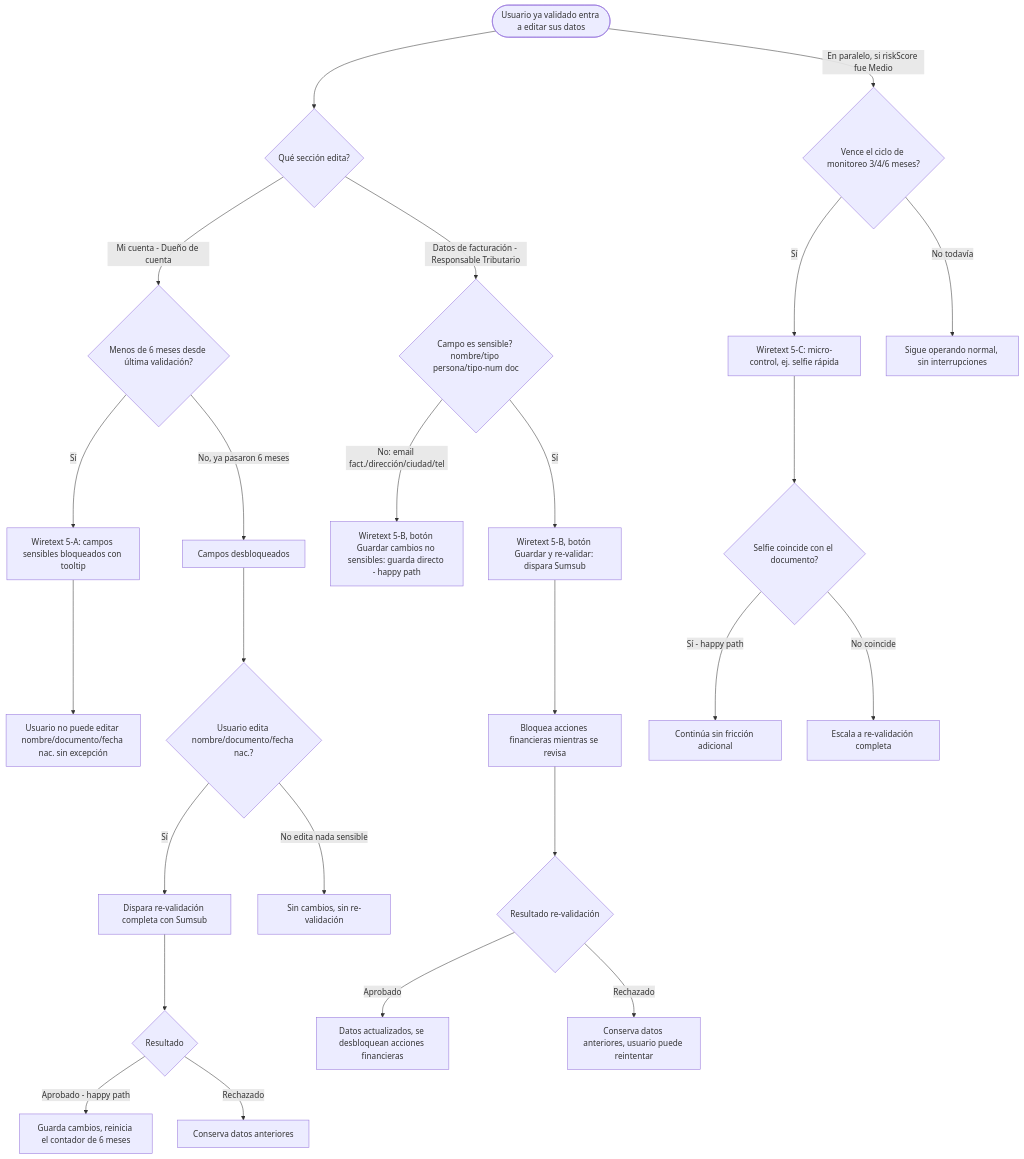
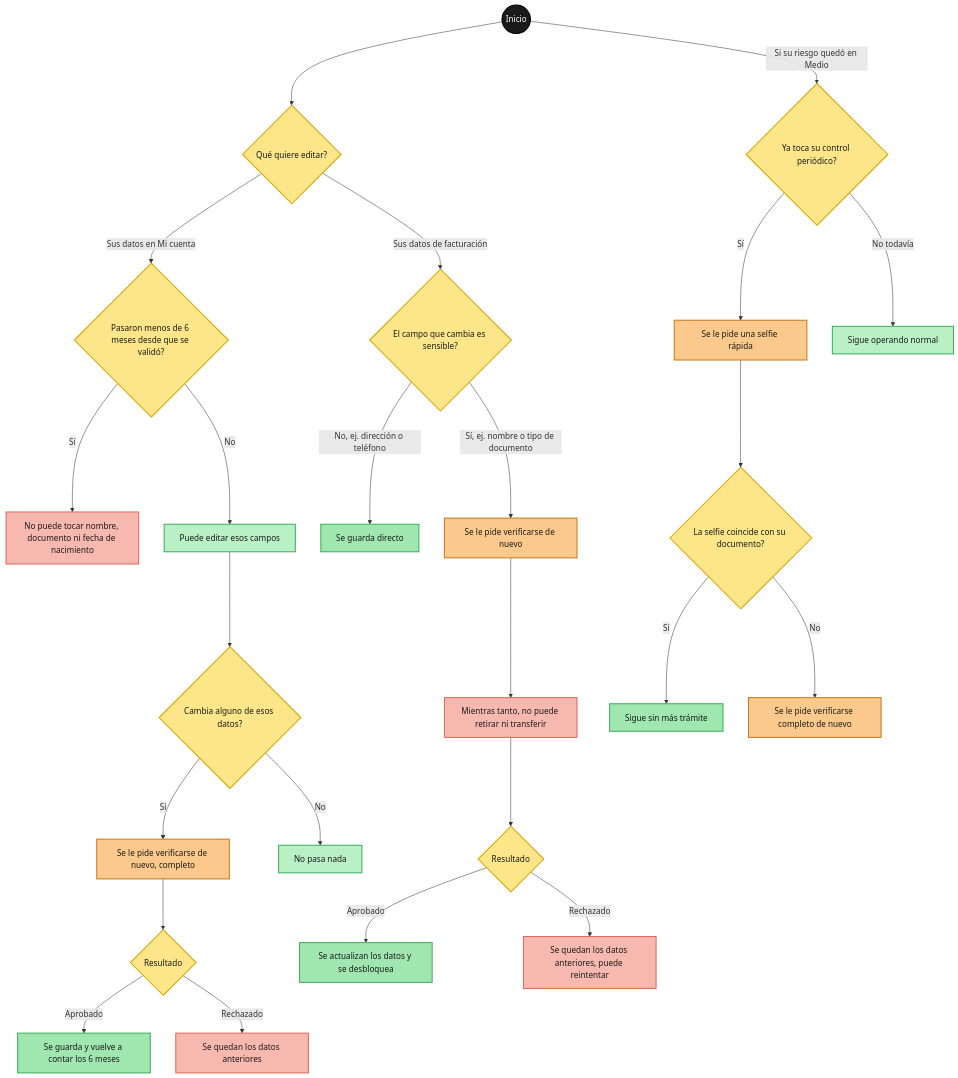
The eighth of 8 diagrams in docs/validacion/Plan2.md (catalinagiraldo-gif/validacion-identidad), drawn with Mermaid before and after one commit. The commit also changed other lines of this file, not shown here.

Commit message:
code mermaid

````diff
--- a/docs/validacion/Plan2.md
+++ b/docs/validacion/Plan2.md
@@ -925,30 +1032,43 @@
 ```mermaid
 flowchart TD
-    START([Usuario ya validado entra a editar sus datos]) --> WHICH{Qué sección edita?}
+    classDef inicioFin fill:#1a1a1a,stroke:#000000,color:#ffffff,stroke-width:2px
+    classDef pantalla fill:#b9f0c6,stroke:#3fae5c,color:#1a1a1a,stroke-width:2px
+    classDef pantallaNueva fill:#fbc98b,stroke:#c77b1e,color:#1a1a1a,stroke-width:2px
+    classDef decision fill:#fde58a,stroke:#d9a400,color:#1a1a1a,stroke-width:2px
+    classDef si fill:#9fe6b0,stroke:#3fae5c,color:#1a1a1a,stroke-width:2px
+    classDef no fill:#f7b8b0,stroke:#e0685a,color:#1a1a1a,stroke-width:2px
 
-    WHICH -->|Mi cuenta - Dueño de cuenta| RN11{Menos de 6 meses desde última validación?}
-    RN11 -->|Sí| LOCKED[Wiretext 5-A: campos sensibles bloqueados con tooltip]
-    LOCKED --> LOCKEDEND[Usuario no puede editar nombre/documento/fecha nac. sin excepción]
-    RN11 -->|No, ya pasaron 6 meses| UNLOCKED[Campos desbloqueados]
-    UNLOCKED --> EDITOWNER{Usuario edita nombre/documento/fecha nac.?}
-    EDITOWNER -->|Sí| REVALFULL[Dispara re-validación completa con Sumsub]
+    START((Inicio)) --> WHICH{Qué quiere editar?}
+
+    WHICH -->|Sus datos en Mi cuenta| RN11{Pasaron menos de 6 meses desde que se validó?}
+    RN11 -->|Sí| LOCKED[No puede tocar nombre, documento ni fecha de nacimiento]
+    RN11 -->|No| UNLOCKED[Puede editar esos campos]
+    UNLOCKED --> EDITOWNER{Cambia alguno de esos datos?}
+    EDITOWNER -->|Sí| REVALFULL[Se le pide verificarse de nuevo, completo]
     REVALFULL --> REVALFULLRESULT{Resultado}
-    REVALFULLRESULT -->|Aprobado - happy path| SAVEDOWNER[Guarda cambios, reinicia el contador de 6 meses]
-    REVALFULLRESULT -->|Rechazado| KEEPOLDOWNER[Conserva datos anteriores]
-    EDITOWNER -->|No edita nada sensible| NOCHANGE[Sin cambios, sin re-validación]
+    REVALFULLRESULT -->|Aprobado| SAVEDOWNER[Se guarda y vuelve a contar los 6 meses]
+    REVALFULLRESULT -->|Rechazado| KEEPOLDOWNER[Se quedan los datos anteriores]
+    EDITOWNER -->|No| NOCHANGE[No pasa nada]
 
-    WHICH -->|Datos de facturación - Responsable Tributario| RN1415{Campo es sensible? nombre/tipo persona/tipo-num doc}
-    RN1415 -->|No: email fact./dirección/ciudad/tel| SAVEDIRECT[Wiretext 5-B, botón Guardar cambios no sensibles: guarda directo - happy path]
-    RN1415 -->|Sí| REVALSENS[Wiretext 5-B, botón Guardar y re-validar: dispara Sumsub]
-    REVALSENS --> BLOCKFIN[Bloquea acciones financieras mientras se revisa]
-    BLOCKFIN --> REVALRESULT{Resultado re-validación}
-    REVALRESULT -->|Aprobado| UPDATED[Datos actualizados, se desbloquean acciones financieras]
-    REVALRESULT -->|Rechazado| KEEPOLD[Conserva datos anteriores, usuario puede reintentar]
+    WHICH -->|Sus datos de facturación| RN1415{El campo que cambia es sensible?}
+    RN1415 -->|No, ej. dirección o teléfono| SAVEDIRECT[Se guarda directo]
+    RN1415 -->|Sí, ej. nombre o tipo de documento| REVALSENS[Se le pide verificarse de nuevo]
+    REVALSENS --> BLOCKFIN[Mientras tanto, no puede retirar ni transferir]
+    BLOCKFIN --> REVALRESULT{Resultado}
+    REVALRESULT -->|Aprobado| UPDATED[Se actualizan los datos y se desbloquea]
+    REVALRESULT -->|Rechazado| KEEPOLD[Se quedan los datos anteriores, puede reintentar]
 
-    START -->|En paralelo, si riskScore fue Medio| RN10{Vence el ciclo de monitoreo 3/4/6 meses?}
-    RN10 -->|Sí| MICRO[Wiretext 5-C: micro-control, ej. selfie rápida]
-    RN10 -->|No todavía| WAITMONITOR[Sigue operando normal, sin interrupciones]
-    MICRO --> MICRORESULT{Selfie coincide con el documento?}
-    MICRORESULT -->|Sí - happy path| CONTINUEOK[Continúa sin fricción adicional]
-    MICRORESULT -->|No coincide| ESCALATE[Escala a re-validación completa]
+    START -->|Si su riesgo quedó en Medio| RN10{Ya toca su control periódico?}
+    RN10 -->|Sí| MICRO[Se le pide una selfie rápida]
+    RN10 -->|No todavía| WAITMONITOR[Sigue operando normal]
+    MICRO --> MICRORESULT{La selfie coincide con su documento?}
+    MICRORESULT -->|Sí| CONTINUEOK[Sigue sin más trámite]
+    MICRORESULT -->|No| ESCALATE[Se le pide verificarse completo de nuevo]
+
+    class START inicioFin
+    class WHICH,RN11,EDITOWNER,REVALFULLRESULT,RN1415,REVALRESULT,RN10,MICRORESULT decision
+    class UNLOCKED,NOCHANGE,WAITMONITOR pantalla
+    class REVALFULL,REVALSENS,MICRO,ESCALATE pantallaNueva
+    class SAVEDOWNER,SAVEDIRECT,UPDATED,CONTINUEOK si
+    class LOCKED,KEEPOLDOWNER,BLOCKFIN,KEEPOLD no
 ```
````
